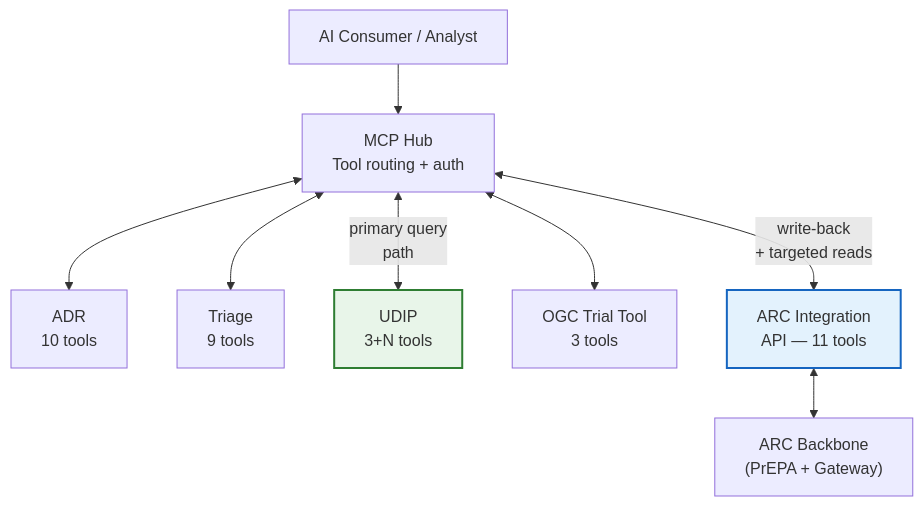
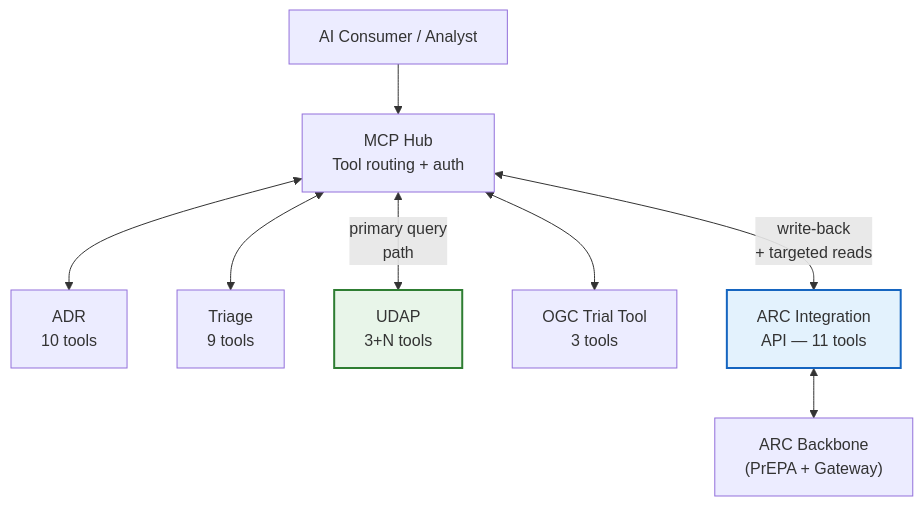
The fifth of 6 diagrams in OCIO_Leadership_Briefing.md (derekcentrico/eeoc-ai-platform-docs), drawn with Mermaid before and after one commit. The commit also changed other lines of this file and 18 other files, not shown here.

Commit message:
Rename UDIP to UDAP (Unified Data Analytics Platform)

````diff
--- a/OCIO_Leadership_Briefing.md
+++ b/OCIO_Leadership_Briefing.md
@@ -299,18 +299,18 @@
 ```mermaid
 flowchart TB
     AI["AI Consumer / Analyst"]
     Hub["MCP Hub<br/>Tool routing + auth"]
 
     AI --> Hub
 
     Hub <--> ADR["ADR<br/>10 tools"]
     Hub <--> Triage["Triage<br/>9 tools"]
-    Hub <-->|"primary query<br/>path"| UDIP["UDIP<br/>3+N tools"]
+    Hub <-->|"primary query<br/>path"| UDAP["UDAP<br/>3+N tools"]
     Hub <--> OGC["OGC Trial Tool<br/>3 tools"]
     Hub <-->|"write-back<br/>+ targeted reads"| ARC_API["ARC Integration<br/>API — 11 tools"]
 
     ARC_API <--> ARC["ARC Backbone<br/>(PrEPA + Gateway)"]
 
-    style UDIP fill:#e8f5e9,stroke:#2e7d32,stroke-width:2px
+    style UDAP fill:#e8f5e9,stroke:#2e7d32,stroke-width:2px
     style ARC_API fill:#e3f2fd,stroke:#1565c0,stroke-width:2px
 ```
````
